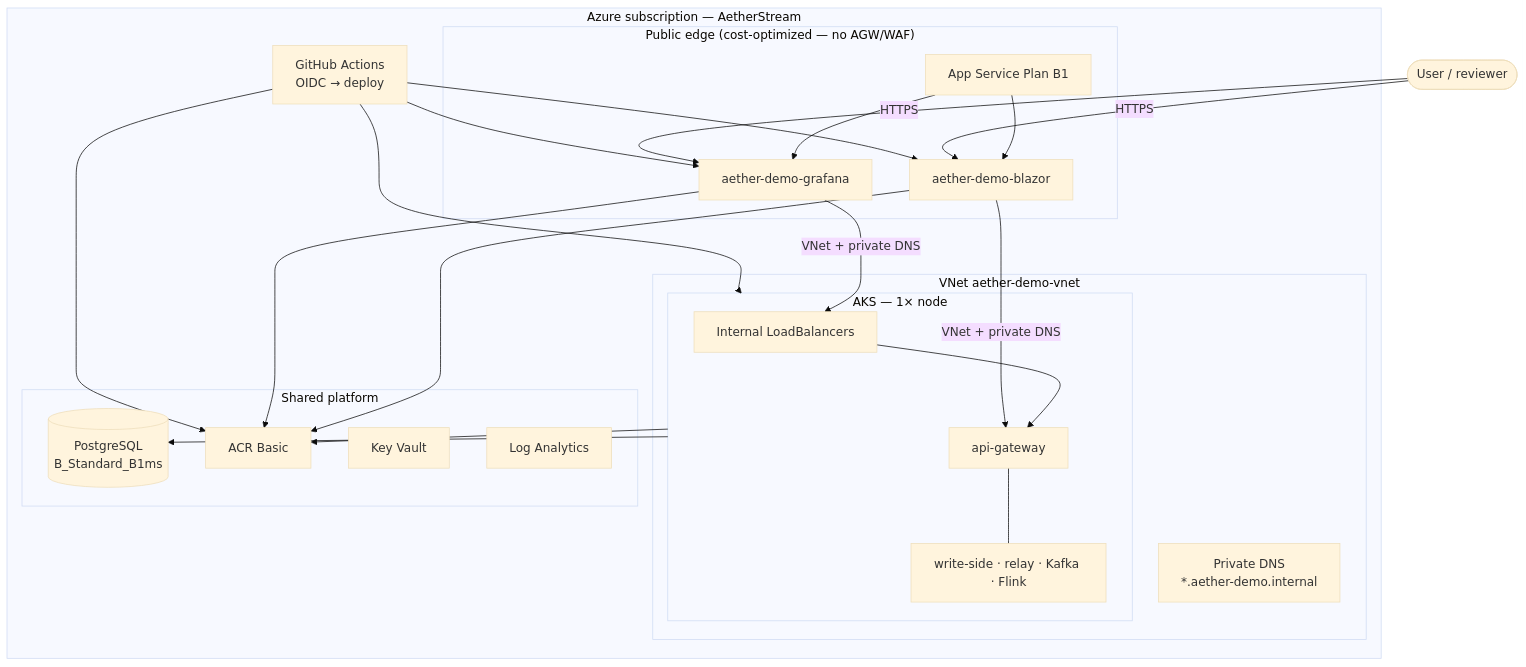
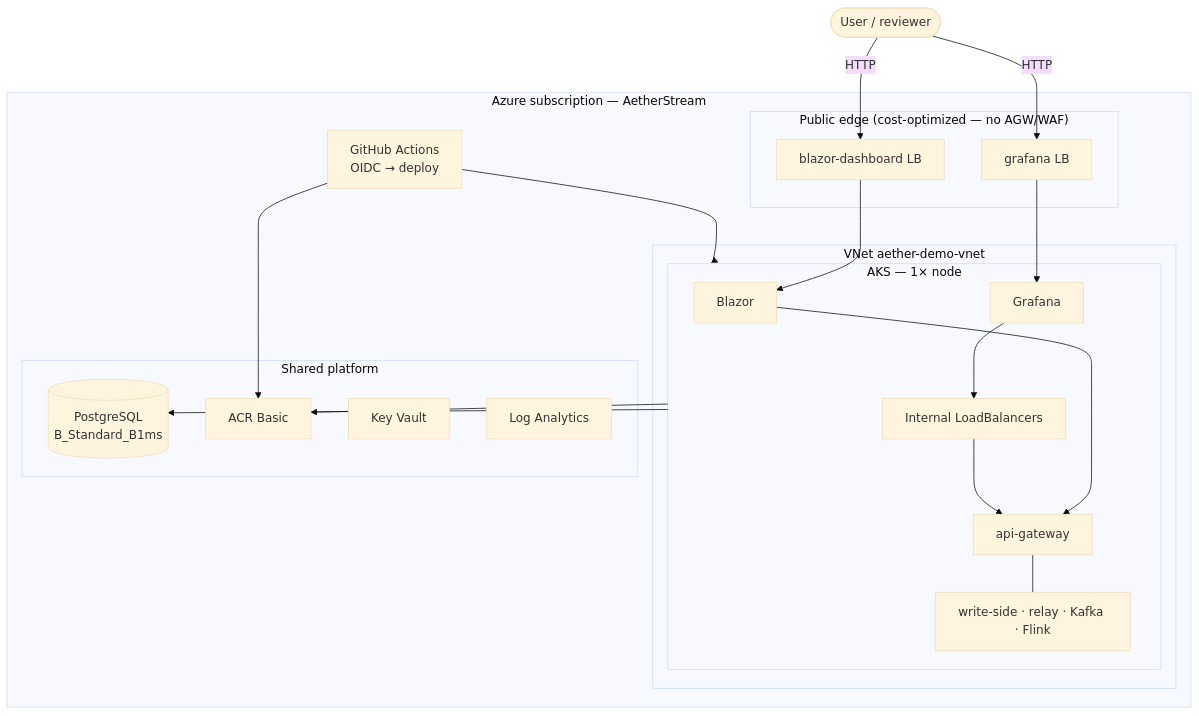
Before and after one commit to asaleh-lab/AetherStream: the diagram in README.md, drawn with Mermaid (base theme). The commit also changed other lines of this file and 33 other files, not shown here.

First line of the commit message:
feat(infra): move Blazor and Grafana UI to AKS LoadBalancers

````diff
--- a/README.md
+++ b/README.md
@@ -194,47 +194,43 @@
 ```mermaid
 flowchart TB
   User([User / reviewer])
 
   subgraph Azure["Azure subscription — AetherStream"]
     subgraph Public["Public edge (cost-optimized — no AGW/WAF)"]
-      ASP["App Service Plan B1"]
-      Blazor["aether-demo-blazor"]
-      Grafana["aether-demo-grafana"]
-      ASP --> Blazor
-      ASP --> Grafana
+      BlazorLB["blazor-dashboard LB"]
+      GrafanaLB["grafana LB"]
     end
 
     subgraph VNet["VNet aether-demo-vnet"]
       subgraph AKS["AKS — 1× node"]
+        Blazor["Blazor"]
+        Graf["Grafana"]
         ILB["Internal LoadBalancers"]
         GW["api-gateway"]
         Back["write-side · relay · Kafka · Flink"]
+        Blazor --> GW
+        Graf --> ILB
         ILB --> GW
         GW --- Back
       end
-      DNS["Private DNS<br/>*.aether-demo.internal"]
     end
 
     subgraph Platform["Shared platform"]
       PG[("PostgreSQL<br/>B_Standard_B1ms")]
       ACR["ACR Basic"]
       KV["Key Vault"]
       LAW["Log Analytics"]
     end
 
     GH["GitHub Actions<br/>OIDC → deploy"]
   end
 
-  User -->|HTTPS| Blazor
-  User -->|HTTPS| Grafana
-  Blazor -->|VNet + private DNS| GW
-  Grafana -->|VNet + private DNS| ILB
+  User -->|HTTP| BlazorLB
+  User -->|HTTP| GrafanaLB
+  BlazorLB --> Blazor
+  GrafanaLB --> Graf
   AKS --> PG
   AKS --> ACR
-  Blazor --> ACR
-  Grafana --> ACR
   GH --> ACR
   GH --> AKS
-  GH --> Blazor
-  GH --> Grafana
 ```
````
